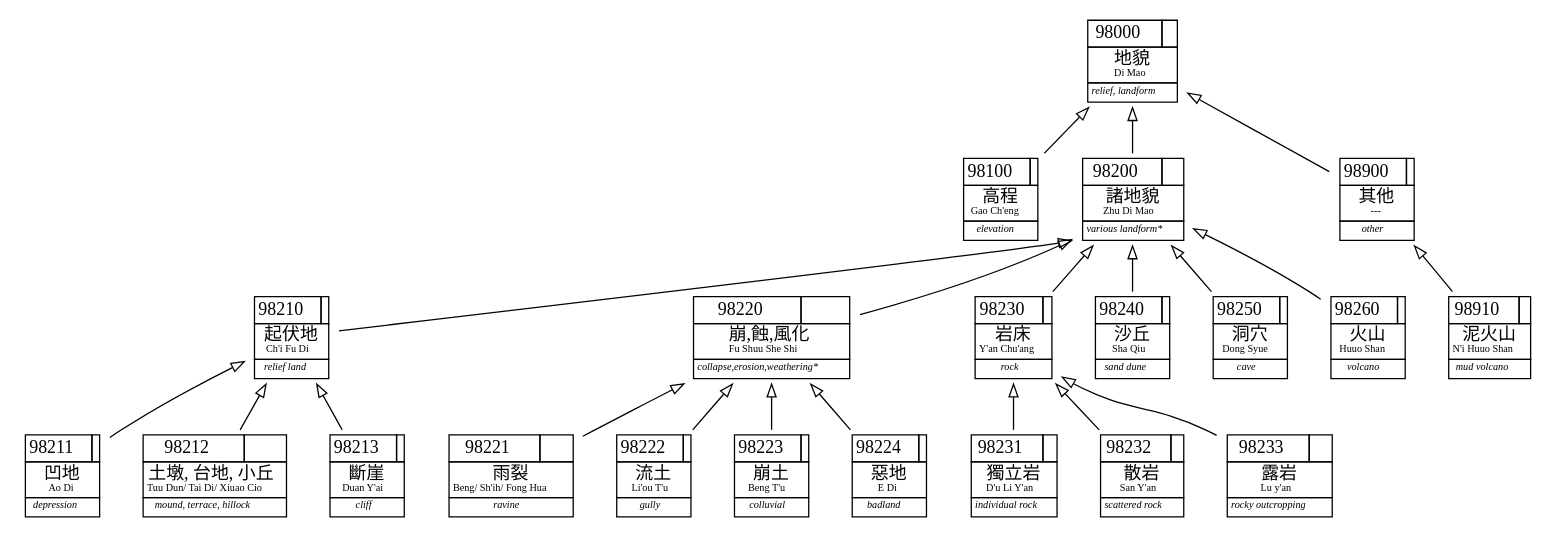
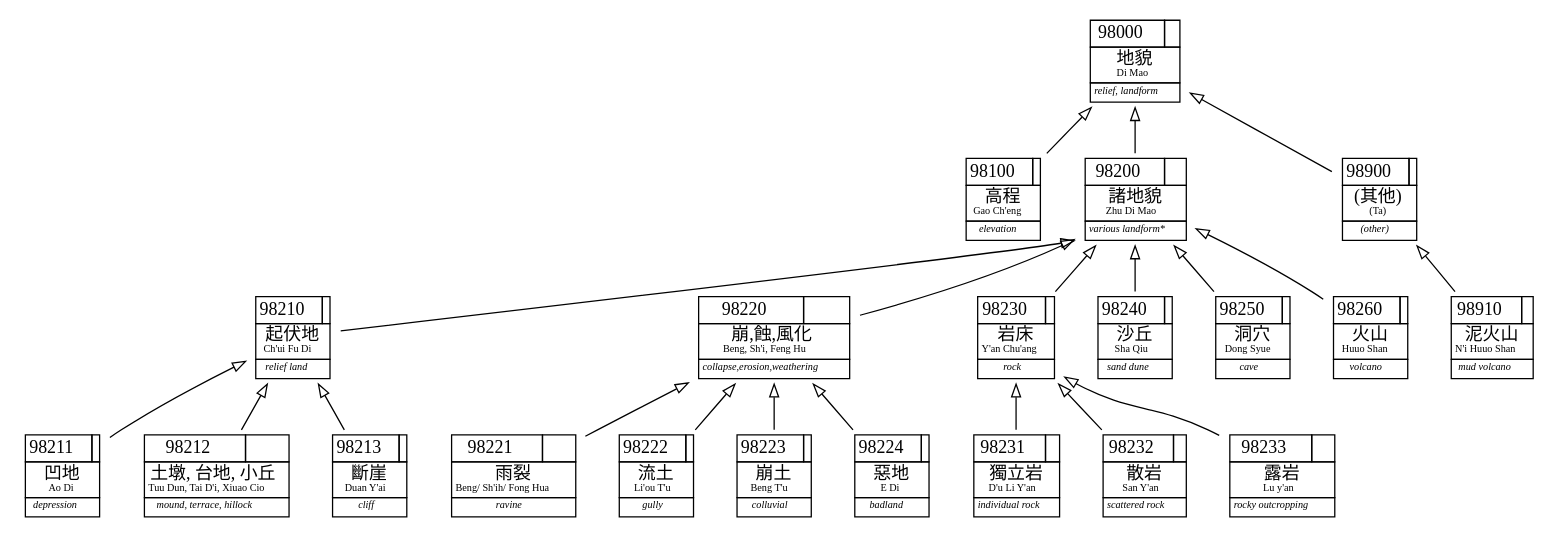
One commit to geoont/datastd3 changed the diagram in TMOI-elevation.gv. Above: the diagram before and after it, drawn with Graphviz. The commit also changed 4 other files, not shown here.

Commit message:
TMOI diagrams updated witha new CSV files with fixed transcription names

```diff
--- a/TMOI-elevation.gv
+++ b/TMOI-elevation.gv
@@ -1,52 +1,52 @@
-/* This file was auto-generated on Wed Dec 26 16:08:47 2012
-   using SOFT.pm library version 0.02.  Command line:
-/Users/xs7/perl5/bin/soft2gv.pl --noorphans --tuples=TMOI.csv --styles=TMOI.gvsty TMOI-elevation.soft
+/* This file was auto-generated on Sun Dec 30 21:41:44 2012
+   using SOFT.pm library version 0.5.  Command line:
+/usr/local/bin/soft2gv.pl --noorphans --tuples=TMOI.csv --styles=TMOI.gvsty TMOI-elevation.soft
 */
 digraph G {
 	rankdir=BT
 	/* subgraphs */
 	/* node attributes */
 	"cat:s98000" [weight="5",label=< <TABLE BORDER="0" CELLBORDER="1" CELLSPACING="0">  <TR><TD>98000</TD><TD></TD></TR>  <TR><TD COLSPAN="2">&#x5730;&#x8C8C;<BR/><FONT POINT-SIZE="8">Di Mao</FONT></TD></TR>  <TR><TD COLSPAN="2"><FONT POINT-SIZE="8"><I>relief, landform </I></FONT></TD></TR>  </TABLE>>,shape="plaintext"];
 	"cat:s98100" [weight="5",label=< <TABLE BORDER="0" CELLBORDER="1" CELLSPACING="0">  <TR><TD>98100</TD><TD></TD></TR>  <TR><TD COLSPAN="2">&#x9AD8;&#x7A0B;<BR/><FONT POINT-SIZE="8">Gao Ch&#39;eng</FONT></TD></TR>  <TR><TD COLSPAN="2"><FONT POINT-SIZE="8"><I>elevation </I></FONT></TD></TR>  </TABLE>>,shape="plaintext"];
 	"cat:s98200" [weight="5",label=< <TABLE BORDER="0" CELLBORDER="1" CELLSPACING="0">  <TR><TD>98200</TD><TD></TD></TR>  <TR><TD COLSPAN="2">&#x8AF8;&#x5730;&#x8C8C;<BR/><FONT POINT-SIZE="8">Zhu Di Mao</FONT></TD></TR>  <TR><TD COLSPAN="2"><FONT POINT-SIZE="8"><I>various landform* </I></FONT></TD></TR>  </TABLE>>,shape="plaintext"];
-	"cat:s98210" [weight="5",label=< <TABLE BORDER="0" CELLBORDER="1" CELLSPACING="0">  <TR><TD>98210</TD><TD></TD></TR>  <TR><TD COLSPAN="2">&#x8D77;&#x4F0F;&#x5730;<BR/><FONT POINT-SIZE="8">Ch&#39;i Fu Di</FONT></TD></TR>  <TR><TD COLSPAN="2"><FONT POINT-SIZE="8"><I>relief land </I></FONT></TD></TR>  </TABLE>>,shape="plaintext"];
+	"cat:s98210" [weight="5",label=< <TABLE BORDER="0" CELLBORDER="1" CELLSPACING="0">  <TR><TD>98210</TD><TD></TD></TR>  <TR><TD COLSPAN="2">&#x8D77;&#x4F0F;&#x5730;<BR/><FONT POINT-SIZE="8">Ch&#39;ui Fu Di</FONT></TD></TR>  <TR><TD COLSPAN="2"><FONT POINT-SIZE="8"><I>relief land </I></FONT></TD></TR>  </TABLE>>,shape="plaintext"];
 	"cat:s98211" [weight="5",label=< <TABLE BORDER="0" CELLBORDER="1" CELLSPACING="0">  <TR><TD>98211</TD><TD></TD></TR>  <TR><TD COLSPAN="2">&#x51F9;&#x5730;<BR/><FONT POINT-SIZE="8">Ao Di</FONT></TD></TR>  <TR><TD COLSPAN="2"><FONT POINT-SIZE="8"><I>depression </I></FONT></TD></TR>  </TABLE>>,shape="plaintext"];
-	"cat:s98212" [weight="5",label=< <TABLE BORDER="0" CELLBORDER="1" CELLSPACING="0">  <TR><TD>98212</TD><TD></TD></TR>  <TR><TD COLSPAN="2">&#x571F;&#x58A9;, &#x53F0;&#x5730;, &#x5C0F;&#x4E18;<BR/><FONT POINT-SIZE="8">Tuu Dun/ Tai Di/ Xiuao Cio</FONT></TD></TR>  <TR><TD COLSPAN="2"><FONT POINT-SIZE="8"><I>mound, terrace, hillock </I></FONT></TD></TR>  </TABLE>>,shape="plaintext"];
+	"cat:s98212" [weight="5",label=< <TABLE BORDER="0" CELLBORDER="1" CELLSPACING="0">  <TR><TD>98212</TD><TD></TD></TR>  <TR><TD COLSPAN="2">&#x571F;&#x58A9;, &#x53F0;&#x5730;, &#x5C0F;&#x4E18;<BR/><FONT POINT-SIZE="8">Tuu Dun, Tai D&#39;i, Xiuao Cio</FONT></TD></TR>  <TR><TD COLSPAN="2"><FONT POINT-SIZE="8"><I>mound, terrace, hillock </I></FONT></TD></TR>  </TABLE>>,shape="plaintext"];
 	"cat:s98213" [weight="5",label=< <TABLE BORDER="0" CELLBORDER="1" CELLSPACING="0">  <TR><TD>98213</TD><TD></TD></TR>  <TR><TD COLSPAN="2">&#x65B7;&#x5D16;<BR/><FONT POINT-SIZE="8">Duan Y&#39;ai</FONT></TD></TR>  <TR><TD COLSPAN="2"><FONT POINT-SIZE="8"><I>cliff </I></FONT></TD></TR>  </TABLE>>,shape="plaintext"];
-	"cat:s98220" [weight="5",label=< <TABLE BORDER="0" CELLBORDER="1" CELLSPACING="0">  <TR><TD>98220</TD><TD></TD></TR>  <TR><TD COLSPAN="2">&#x5D29;,&#x8755;,&#x98A8;&#x5316;<BR/><FONT POINT-SIZE="8">Fu Shuu She Shi</FONT></TD></TR>  <TR><TD COLSPAN="2"><FONT POINT-SIZE="8"><I>collapse,erosion,weathering* </I></FONT></TD></TR>  </TABLE>>,shape="plaintext"];
+	"cat:s98220" [weight="5",label=< <TABLE BORDER="0" CELLBORDER="1" CELLSPACING="0">  <TR><TD>98220</TD><TD></TD></TR>  <TR><TD COLSPAN="2">&#x5D29;,&#x8755;,&#x98A8;&#x5316;<BR/><FONT POINT-SIZE="8">Beng, Sh&#39;i, Feng Hu</FONT></TD></TR>  <TR><TD COLSPAN="2"><FONT POINT-SIZE="8"><I>collapse,erosion,weathering </I></FONT></TD></TR>  </TABLE>>,shape="plaintext"];
 	"cat:s98221" [weight="5",label=< <TABLE BORDER="0" CELLBORDER="1" CELLSPACING="0">  <TR><TD>98221</TD><TD></TD></TR>  <TR><TD COLSPAN="2">&#x96E8;&#x88C2;<BR/><FONT POINT-SIZE="8">Beng/ Sh&#39;ih/ Fong Hua</FONT></TD></TR>  <TR><TD COLSPAN="2"><FONT POINT-SIZE="8"><I>ravine </I></FONT></TD></TR>  </TABLE>>,shape="plaintext"];
 	"cat:s98222" [weight="5",label=< <TABLE BORDER="0" CELLBORDER="1" CELLSPACING="0">  <TR><TD>98222</TD><TD></TD></TR>  <TR><TD COLSPAN="2">&#x6D41;&#x571F;<BR/><FONT POINT-SIZE="8">Li&#39;ou T&#39;u</FONT></TD></TR>  <TR><TD COLSPAN="2"><FONT POINT-SIZE="8"><I>gully </I></FONT></TD></TR>  </TABLE>>,shape="plaintext"];
 	"cat:s98223" [weight="5",label=< <TABLE BORDER="0" CELLBORDER="1" CELLSPACING="0">  <TR><TD>98223</TD><TD></TD></TR>  <TR><TD COLSPAN="2">&#x5D29;&#x571F;<BR/><FONT POINT-SIZE="8">Beng T&#39;u</FONT></TD></TR>  <TR><TD COLSPAN="2"><FONT POINT-SIZE="8"><I>colluvial </I></FONT></TD></TR>  </TABLE>>,shape="plaintext"];
 	"cat:s98224" [weight="5",label=< <TABLE BORDER="0" CELLBORDER="1" CELLSPACING="0">  <TR><TD>98224</TD><TD></TD></TR>  <TR><TD COLSPAN="2">&#x60E1;&#x5730;<BR/><FONT POINT-SIZE="8">E Di</FONT></TD></TR>  <TR><TD COLSPAN="2"><FONT POINT-SIZE="8"><I>badland </I></FONT></TD></TR>  </TABLE>>,shape="plaintext"];
 	"cat:s98230" [weight="5",label=< <TABLE BORDER="0" CELLBORDER="1" CELLSPACING="0">  <TR><TD>98230</TD><TD></TD></TR>  <TR><TD COLSPAN="2">&#x5CA9;&#x5E8A;<BR/><FONT POINT-SIZE="8">Y&#39;an Chu&#39;ang</FONT></TD></TR>  <TR><TD COLSPAN="2"><FONT POINT-SIZE="8"><I>rock </I></FONT></TD></TR>  </TABLE>>,shape="plaintext"];
 	"cat:s98231" [weight="5",label=< <TABLE BORDER="0" CELLBORDER="1" CELLSPACING="0">  <TR><TD>98231</TD><TD></TD></TR>  <TR><TD COLSPAN="2">&#x7368;&#x7ACB;&#x5CA9;<BR/><FONT POINT-SIZE="8">D&#39;u Li Y&#39;an</FONT></TD></TR>  <TR><TD COLSPAN="2"><FONT POINT-SIZE="8"><I>individual rock </I></FONT></TD></TR>  </TABLE>>,shape="plaintext"];
 	"cat:s98232" [weight="5",label=< <TABLE BORDER="0" CELLBORDER="1" CELLSPACING="0">  <TR><TD>98232</TD><TD></TD></TR>  <TR><TD COLSPAN="2">&#x6563;&#x5CA9;<BR/><FONT POINT-SIZE="8">San Y&#39;an</FONT></TD></TR>  <TR><TD COLSPAN="2"><FONT POINT-SIZE="8"><I>scattered rock </I></FONT></TD></TR>  </TABLE>>,shape="plaintext"];
 	"cat:s98233" [weight="5",label=< <TABLE BORDER="0" CELLBORDER="1" CELLSPACING="0">  <TR><TD>98233</TD><TD></TD></TR>  <TR><TD COLSPAN="2">&#x9732;&#x5CA9;<BR/><FONT POINT-SIZE="8">Lu y&#39;an</FONT></TD></TR>  <TR><TD COLSPAN="2"><FONT POINT-SIZE="8"><I>rocky outcropping </I></FONT></TD></TR>  </TABLE>>,shape="plaintext"];
 	"cat:s98240" [weight="5",label=< <TABLE BORDER="0" CELLBORDER="1" CELLSPACING="0">  <TR><TD>98240</TD><TD></TD></TR>  <TR><TD COLSPAN="2">&#x6C99;&#x4E18;<BR/><FONT POINT-SIZE="8">Sha Qiu</FONT></TD></TR>  <TR><TD COLSPAN="2"><FONT POINT-SIZE="8"><I>sand dune </I></FONT></TD></TR>  </TABLE>>,shape="plaintext"];
 	"cat:s98250" [weight="5",label=< <TABLE BORDER="0" CELLBORDER="1" CELLSPACING="0">  <TR><TD>98250</TD><TD></TD></TR>  <TR><TD COLSPAN="2">&#x6D1E;&#x7A74;<BR/><FONT POINT-SIZE="8">Dong Syue</FONT></TD></TR>  <TR><TD COLSPAN="2"><FONT POINT-SIZE="8"><I>cave </I></FONT></TD></TR>  </TABLE>>,shape="plaintext"];
 	"cat:s98260" [weight="5",label=< <TABLE BORDER="0" CELLBORDER="1" CELLSPACING="0">  <TR><TD>98260</TD><TD></TD></TR>  <TR><TD COLSPAN="2">&#x706B;&#x5C71;<BR/><FONT POINT-SIZE="8">Huuo Shan</FONT></TD></TR>  <TR><TD COLSPAN="2"><FONT POINT-SIZE="8"><I>volcano </I></FONT></TD></TR>  </TABLE>>,shape="plaintext"];
-	"cat:s98900" [weight="5",label=< <TABLE BORDER="0" CELLBORDER="1" CELLSPACING="0">  <TR><TD>98900</TD><TD></TD></TR>  <TR><TD COLSPAN="2">&#x5176;&#x4ED6;<BR/><FONT POINT-SIZE="8">---</FONT></TD></TR>  <TR><TD COLSPAN="2"><FONT POINT-SIZE="8"><I>other </I></FONT></TD></TR>  </TABLE>>,shape="plaintext"];
+	"cat:s98900" [weight="5",label=< <TABLE BORDER="0" CELLBORDER="1" CELLSPACING="0">  <TR><TD>98900</TD><TD></TD></TR>  <TR><TD COLSPAN="2">(&#x5176;&#x4ED6;)<BR/><FONT POINT-SIZE="8">(Ta)</FONT></TD></TR>  <TR><TD COLSPAN="2"><FONT POINT-SIZE="8"><I>(other) </I></FONT></TD></TR>  </TABLE>>,shape="plaintext"];
 	"cat:s98910" [weight="5",label=< <TABLE BORDER="0" CELLBORDER="1" CELLSPACING="0">  <TR><TD>98910</TD><TD></TD></TR>  <TR><TD COLSPAN="2">&#x6CE5;&#x706B;&#x5C71;<BR/><FONT POINT-SIZE="8">N&#39;i Huuo Shan</FONT></TD></TR>  <TR><TD COLSPAN="2"><FONT POINT-SIZE="8"><I>mud volcano </I></FONT></TD></TR>  </TABLE>>,shape="plaintext"];
 
 	/* relations with attributes */
 	"cat:s98100" -> "cat:s98000" [style="solid",arrowhead="empty"];
 	"cat:s98200" -> "cat:s98000" [style="solid",arrowhead="empty"];
 	"cat:s98210" -> "cat:s98200" [style="solid",arrowhead="empty"];
 	"cat:s98211" -> "cat:s98210" [style="solid",arrowhead="empty"];
 	"cat:s98212" -> "cat:s98210" [style="solid",arrowhead="empty"];
 	"cat:s98213" -> "cat:s98210" [style="solid",arrowhead="empty"];
 	"cat:s98220" -> "cat:s98200" [style="solid",arrowhead="empty"];
 	"cat:s98221" -> "cat:s98220" [style="solid",arrowhead="empty"];
 	"cat:s98222" -> "cat:s98220" [style="solid",arrowhead="empty"];
 	"cat:s98223" -> "cat:s98220" [style="solid",arrowhead="empty"];
 	"cat:s98224" -> "cat:s98220" [style="solid",arrowhead="empty"];
 	"cat:s98230" -> "cat:s98200" [style="solid",arrowhead="empty"];
 	"cat:s98231" -> "cat:s98230" [style="solid",arrowhead="empty"];
 	"cat:s98232" -> "cat:s98230" [style="solid",arrowhead="empty"];
 	"cat:s98233" -> "cat:s98230" [style="solid",arrowhead="empty"];
 	"cat:s98240" -> "cat:s98200" [style="solid",arrowhead="empty"];
 	"cat:s98250" -> "cat:s98200" [style="solid",arrowhead="empty"];
 	"cat:s98260" -> "cat:s98200" [style="solid",arrowhead="empty"];
 	"cat:s98900" -> "cat:s98000" [style="solid",arrowhead="empty"];
 	"cat:s98910" -> "cat:s98900" [style="solid",arrowhead="empty"];
 }
```
